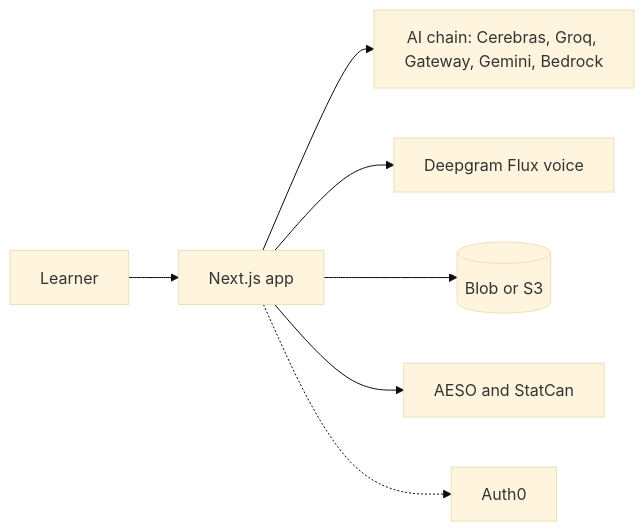
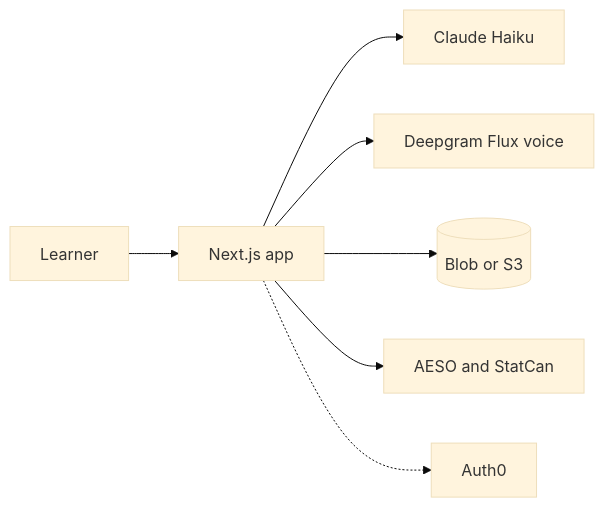
One commit to the-both-of-us/2026HTC changed the diagram in README.md. Above: the diagram before and after it, drawn with Mermaid (base theme). The commit also changed other lines of this file and 270 other files, not shown here.

````diff
--- a/README.md
+++ b/README.md
@@ -37,9 +37,9 @@
 ```mermaid
 flowchart LR
   U[Learner] --> App[Next.js app]
-  App --> AI[AI chain: Cerebras, Groq, Gateway, Gemini, Bedrock]
+  App --> AI[Claude Haiku]
   App --> V[Deepgram Flux voice]
   App --> S[(Blob or S3)]
   App --> D[AESO and StatCan]
   App -.-> A[Auth0]
 ```
````
